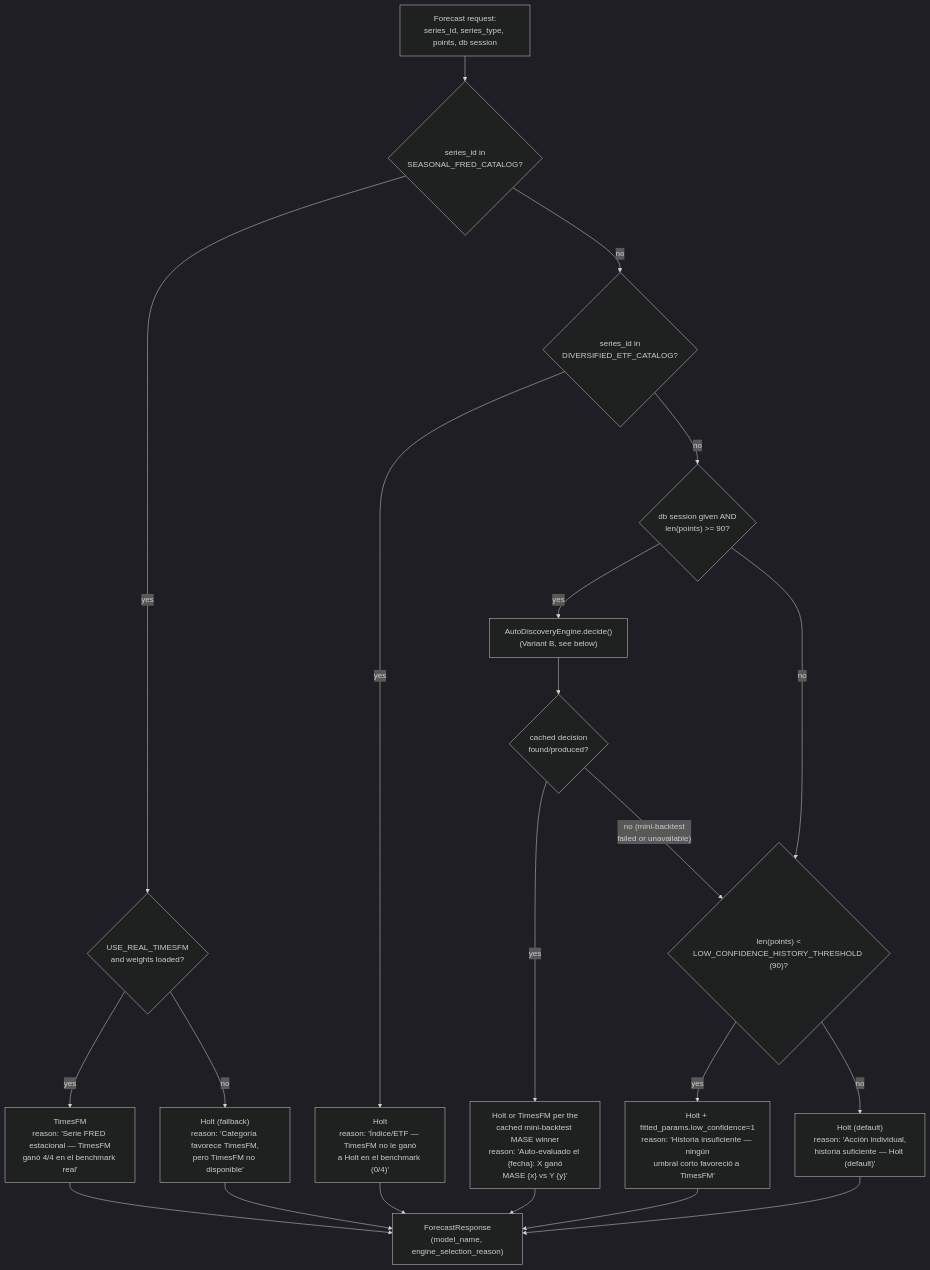
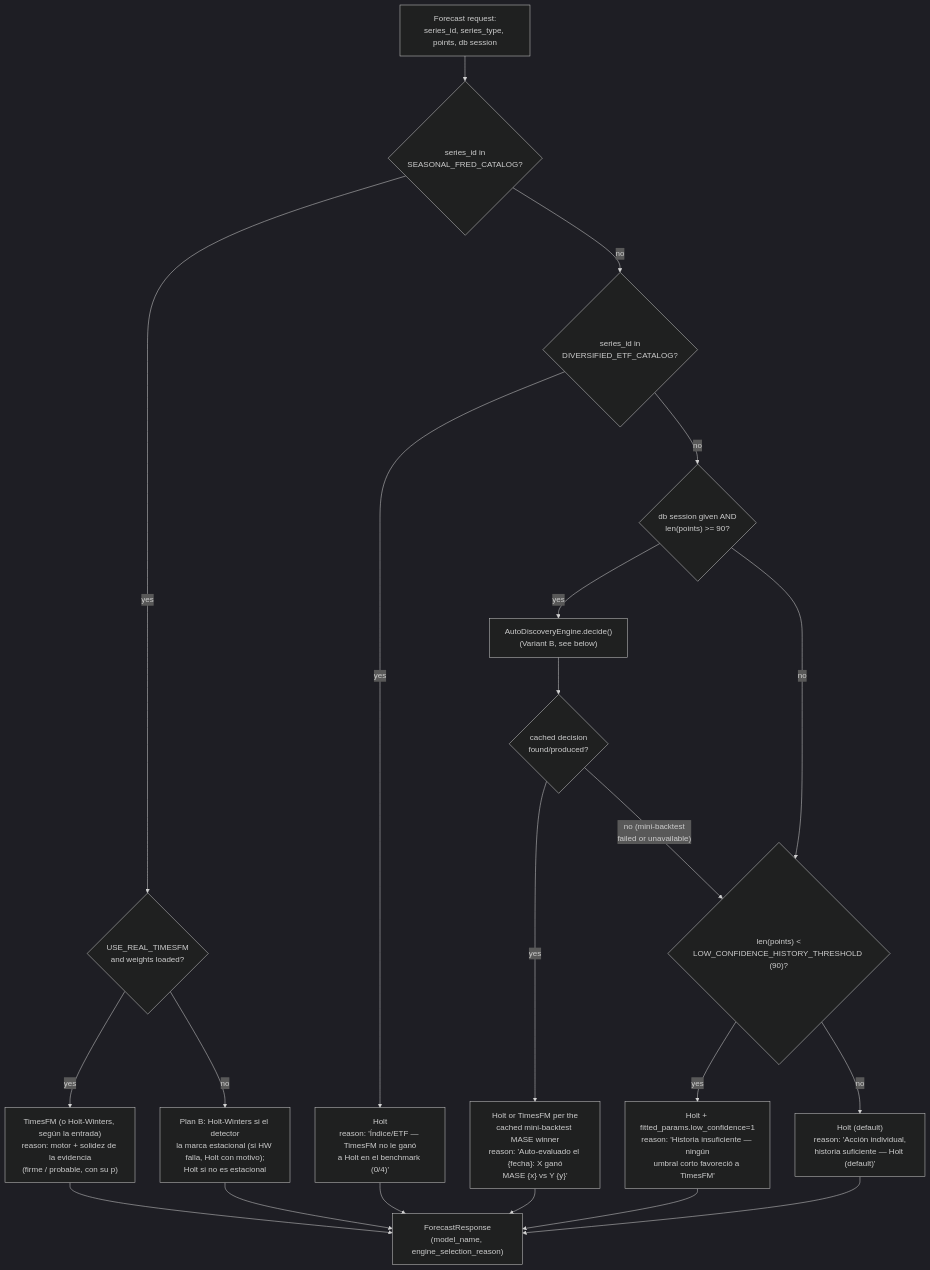
Before and after one commit to casper06/timeInvestor: the first of 2 diagrams in docs/ARCHITECTURE.md, drawn with Mermaid (dark theme). The commit also changed 9 other files, not shown here.

````diff
--- a/docs/ARCHITECTURE.md
+++ b/docs/ARCHITECTURE.md
@@ -8,28 +8,28 @@
 ```mermaid
 flowchart TD
     A["Forecast request:\nseries_id, series_type, points, db session"] --> B{"series_id in\nSEASONAL_FRED_CATALOG?"}
     B -- yes --> C{"USE_REAL_TIMESFM\nand weights loaded?"}
-    C -- yes --> D["TimesFM\nreason: 'Serie FRED estacional — TimesFM\nganó 4/4 en el benchmark real'"]
-    C -- no --> E["Holt (fallback)\nreason: 'Categoría favorece TimesFM,\npero TimesFM no disponible'"]
+    C -- yes --> D["TimesFM (o Holt-Winters, según la entrada)\nreason: motor + solidez de la evidencia\n(firme / probable, con su p)"]
+    C -- no --> E["Plan B: Holt-Winters si el detector\nla marca estacional (si HW falla, Holt con motivo);\nHolt si no es estacional"]
 
     B -- no --> F{"series_id in\nDIVERSIFIED_ETF_CATALOG?"}
     F -- yes --> G["Holt\nreason: 'Índice/ETF — TimesFM no le ganó\na Holt en el benchmark (0/4)'"]
 
     F -- no --> M{"db session given AND\nlen(points) >= 90?"}
     M -- yes --> N["AutoDiscoveryEngine.decide()\n(Variant B, see below)"]
     N --> O{"cached decision\nfound/produced?"}
     O -- yes --> P["Holt or TimesFM per the\ncached mini-backtest MASE winner\nreason: 'Auto-evaluado el {fecha}: X ganó\nMASE {x} vs Y {y}'"]
     O -- no (mini-backtest\nfailed or unavailable) --> H
 
     M -- no --> H{"len(points) <\nLOW_CONFIDENCE_HISTORY_THRESHOLD (90)?"}
     H -- yes --> I["Holt + fitted_params.low_confidence=1\nreason: 'Historia insuficiente — ningún\numbral corto favoreció a TimesFM'"]
 
     H -- no --> J["Holt (default)\nreason: 'Acción individual,\nhistoria suficiente — Holt (default)'"]
 
     D --> K["ForecastResponse\n(model_name, engine_selection_reason)"]
     E --> K
     G --> K
     P --> K
     I --> K
     J --> K
 ```
````
